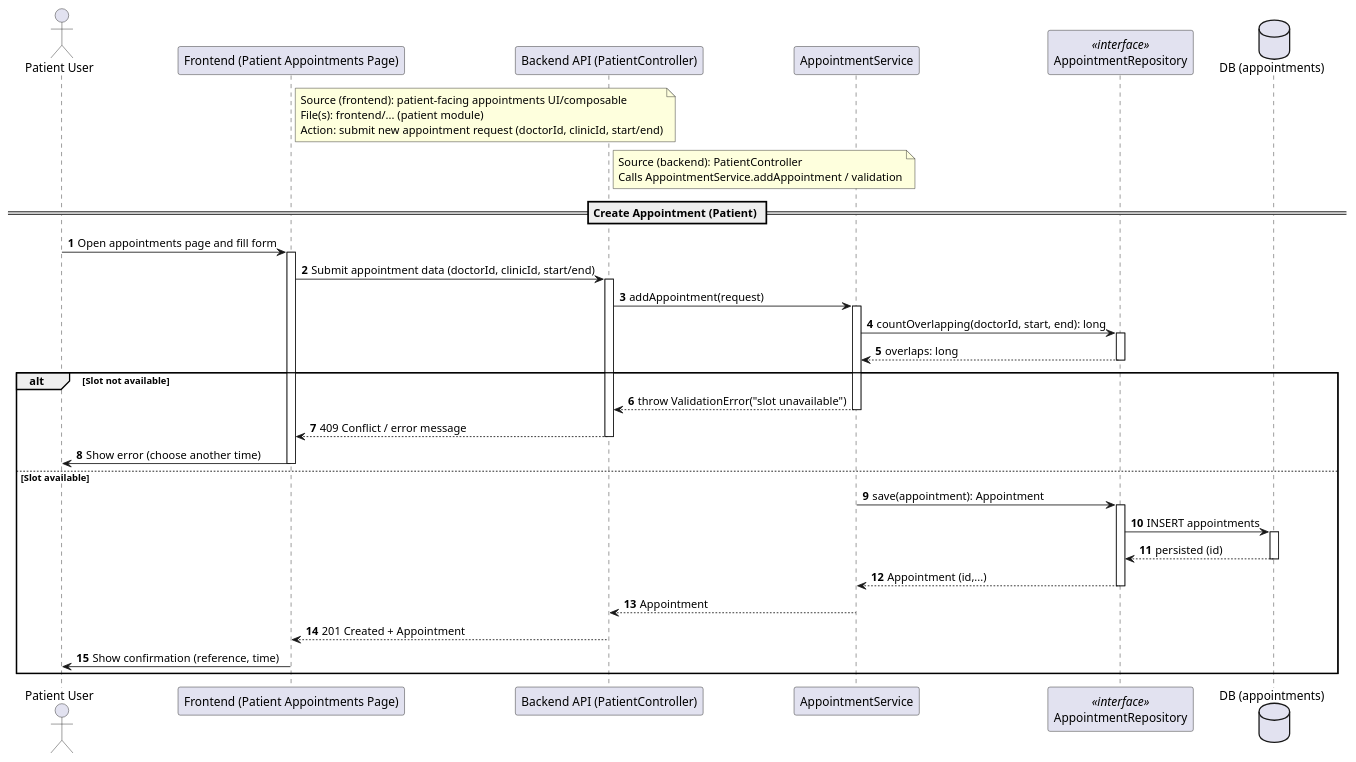
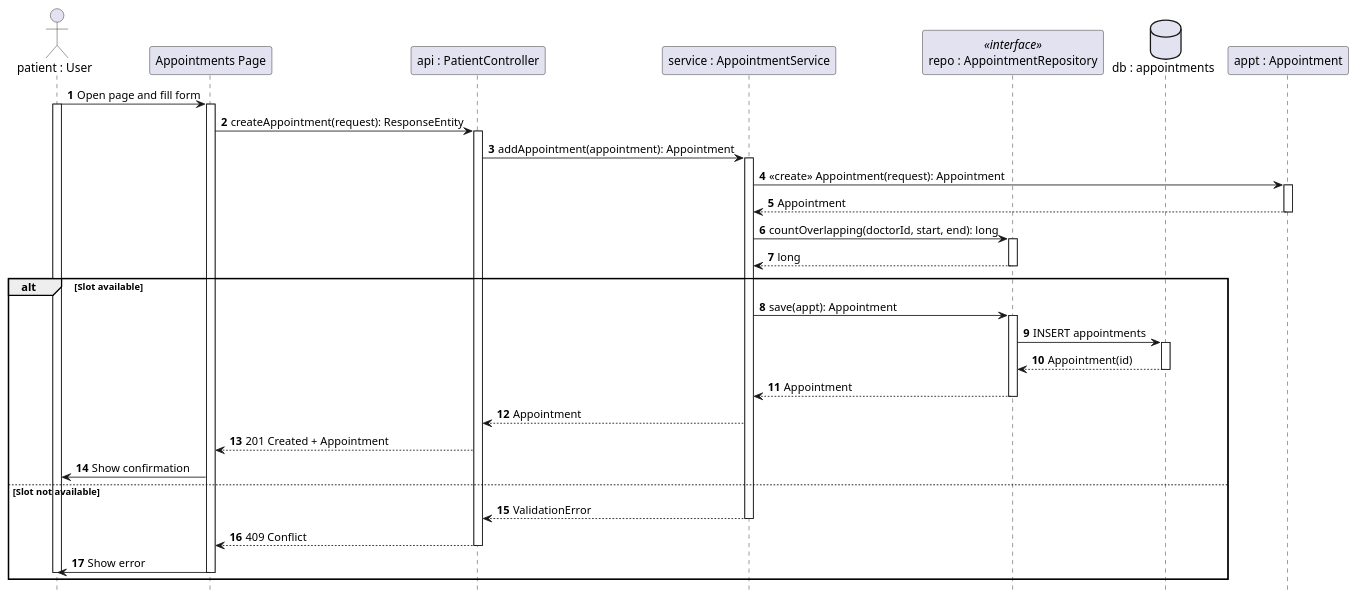
The diagram in docs/architecture/appointment-creation-sequence.puml (eiffelcsy/OOP-project), drawn with PlantUML before and after one commit. The commit also changed 1 other file, not shown here.

Commit message:
modified appointment creation uml and added sequence diagram image

```diff
--- a/docs/architecture/appointment-creation-sequence.puml
+++ b/docs/architecture/appointment-creation-sequence.puml
@@ -1,67 +1,52 @@
 @startuml AppointmentCreation
-' Appointment Creation - Patient flow ONLY
-' Scope: From patient interacting with appointment page to appointment persisted.
-' Excludes: queue tickets, emails, payments, realtime updates.
-
 skinparam style strict
 skinparam shadowing false
+hide footbox
 autonumber
 
-actor "Patient User" as Patient
-participant "Frontend (Patient Appointments Page)" as FE
-participant "Backend API (PatientController)" as API
-participant "AppointmentService" as APS
-participant "AppointmentRepository" as AR <<interface>>
-database "DB (appointments)" as DB
+actor "patient : User" as Patient
+participant "Appointments Page" as FE
+participant "api : PatientController" as API
+participant "service : AppointmentService" as APS
+participant "repo : AppointmentRepository" as AR <<interface>>
+database "db : appointments" as DB
+participant "appt : Appointment" as APPT
 
-' Notes mapping to code (no hard API paths to avoid inaccuracies)
-note right of FE
-Source (frontend): patient-facing appointments UI/composable
-File(s): frontend/... (patient module)
-Action: submit new appointment request (doctorId, clinicId, start/end)
-end note
-
-note right of API
-Source (backend): PatientController
-Calls AppointmentService.addAppointment / validation
-end note
-
-== Create Appointment (Patient) ==
-Patient -> FE: Open appointments page and fill form
+Patient -> FE: Open page and fill form
+activate Patient
 activate FE
-FE -> API: Submit appointment data (doctorId, clinicId, start/end)
+FE -> API: createAppointment(request): ResponseEntity
 activate API
-API -> APS: addAppointment(request)
+API -> APS: addAppointment(appointment): Appointment
 activate APS
-
-' Validation: ensure slot available (overlap check)
+APS -> APPT: <<create>> Appointment(request): Appointment
+activate APPT
+APPT --> APS: Appointment
+deactivate APPT
 APS -> AR: countOverlapping(doctorId, start, end): long
 activate AR
-AR --> APS: overlaps: long
+AR --> APS: long
 deactivate AR
 
-alt Slot not available
-  APS --> API: throw ValidationError("slot unavailable")
-  deactivate APS
-  API --> FE: 409 Conflict / error message
-  deactivate API
-  FE -> Patient: Show error (choose another time)
-  deactivate FE
-else Slot available
-  APS -> AR: save(appointment): Appointment
+alt Slot available
+  APS -> AR: save(appt): Appointment
   activate AR
   AR -> DB: INSERT appointments
   activate DB
-  DB --> AR: persisted (id)
+  DB --> AR: Appointment(id)
   deactivate DB
-  AR --> APS: Appointment (id,...)
+  AR --> APS: Appointment
   deactivate AR
   APS --> API: Appointment
+  API --> FE: 201 Created + Appointment
+  FE -> Patient: Show confirmation
+else Slot not available
+  APS --> API: ValidationError
   deactivate APS
-  API --> FE: 201 Created + Appointment
+  API --> FE: 409 Conflict
   deactivate API
-  FE -> Patient: Show confirmation (reference, time)
+  FE -> Patient: Show error
   deactivate FE
+  deactivate Patient
 end
-
 @enduml
```
